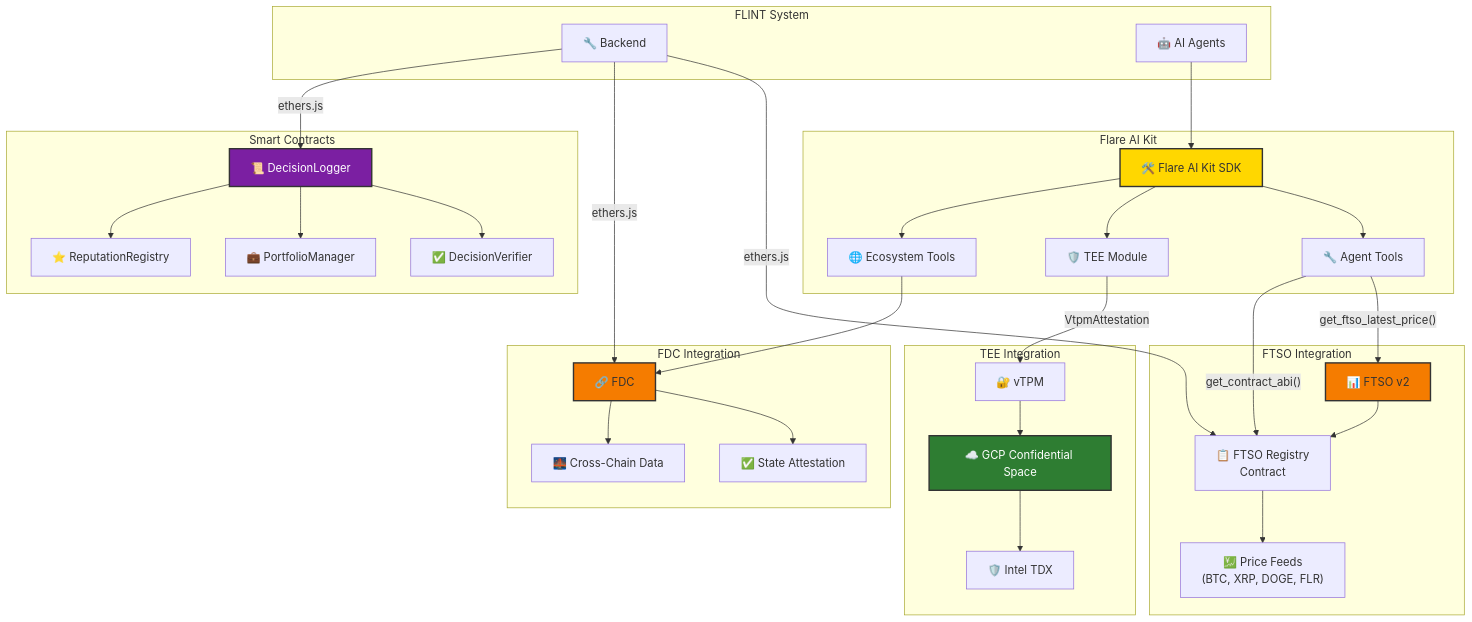
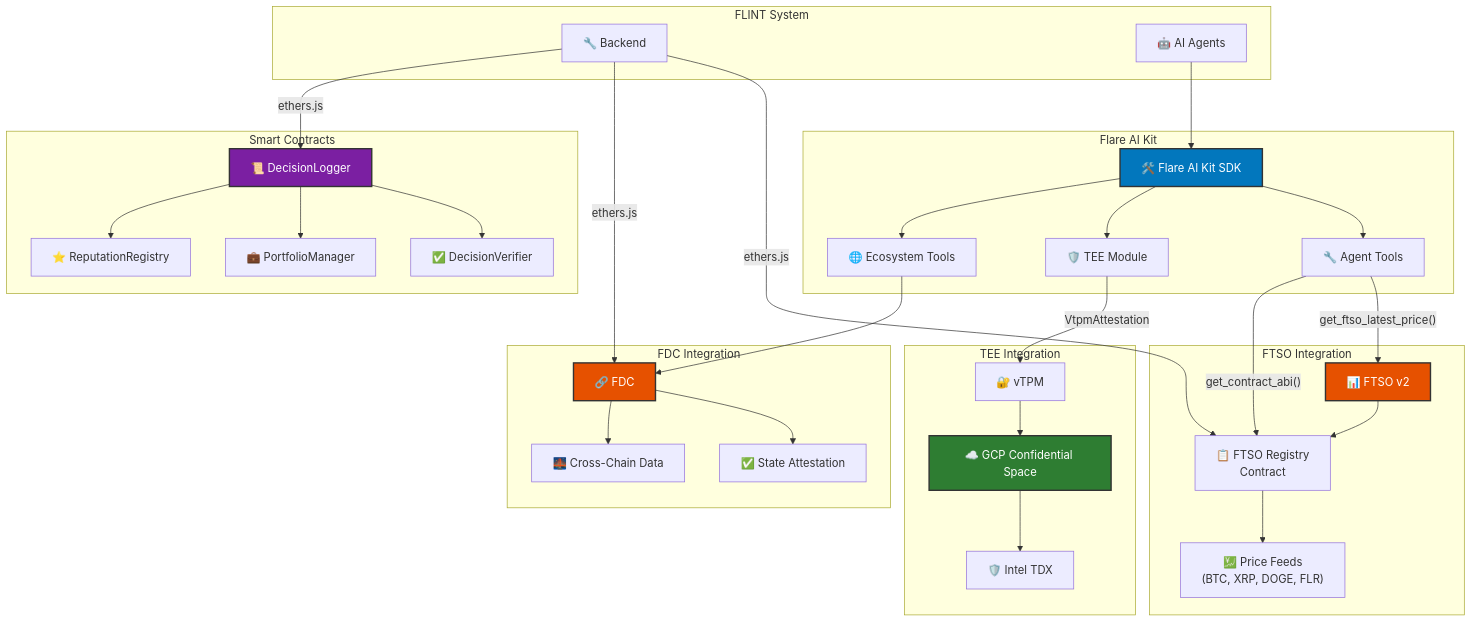
Before and after one commit to kunaldhongade/flint: the fourth of 10 diagrams in docs/ARCHITECTURE_DIAGRAM.md, drawn with Mermaid. The commit also changed other lines of this file and 2 other files, not shown here.

````diff
--- a/docs/ARCHITECTURE_DIAGRAM.md
+++ b/docs/ARCHITECTURE_DIAGRAM.md
@@ -245,74 +245,74 @@
 ```mermaid
 graph TB
     subgraph "FLINT System"
         Backend["🔧 Backend"]
         AI["🤖 AI Agents"]
     end
 
     subgraph "Flare AI Kit"
         Kit["🛠️ Flare AI Kit SDK"]
         AgentTools["🔧 Agent Tools"]
         TEEModule["🛡️ TEE Module"]
         EcoTools["🌐 Ecosystem Tools"]
     end
 
     subgraph "FTSO Integration"
         FTSO["📊 FTSO v2"]
         Registry["📋 FTSO Registry<br/>Contract"]
         Feeds["💹 Price Feeds<br/>(BTC, XRP, DOGE, FLR)"]
     end
 
     subgraph "FDC Integration"
         FDC["🔗 FDC"]
         Attestation["✅ State Attestation"]
         CrossChain["🌉 Cross-Chain Data"]
     end
 
     subgraph "TEE Integration"
         GCP["☁️ GCP Confidential Space"]
         vTPM["🔐 vTPM"]
         IntelTDX["🛡️ Intel TDX"]
     end
 
     subgraph "Smart Contracts"
         Logger["📜 DecisionLogger"]
         Verifier["✅ DecisionVerifier"]
         Portfolio["💼 PortfolioManager"]
         Reputation["⭐ ReputationRegistry"]
     end
 
     Backend -->|"ethers.js"| Registry
     Backend -->|"ethers.js"| FDC
     Backend -->|"ethers.js"| Logger
     
     AI --> Kit
     Kit --> AgentTools
     Kit --> TEEModule
     Kit --> EcoTools
     
     AgentTools -->|"get_ftso_latest_price()"| FTSO
     AgentTools -->|"get_contract_abi()"| Registry
     
     TEEModule -->|"VtpmAttestation"| vTPM
     
     EcoTools --> FDC
     
     FTSO --> Registry
     Registry --> Feeds
     
     FDC --> Attestation
     FDC --> CrossChain
     
     vTPM --> GCP
     GCP --> IntelTDX
     
     Logger --> Verifier
     Logger --> Portfolio
     Logger --> Reputation
     
-    style Kit fill:#FFD700,stroke:#333,stroke-width:2px
-    style FTSO fill:#F57C00,stroke:#333,stroke-width:2px
-    style FDC fill:#F57C00,stroke:#333,stroke-width:2px
+    style Kit fill:#0277BD,stroke:#333,stroke-width:2px,color:#fff
+    style FTSO fill:#E65100,stroke:#333,stroke-width:2px,color:#fff
+    style FDC fill:#E65100,stroke:#333,stroke-width:2px,color:#fff
     style GCP fill:#2E7D32,stroke:#333,stroke-width:2px,color:#fff
     style Logger fill:#7B1FA2,stroke:#333,stroke-width:2px,color:#fff
 ```
````
